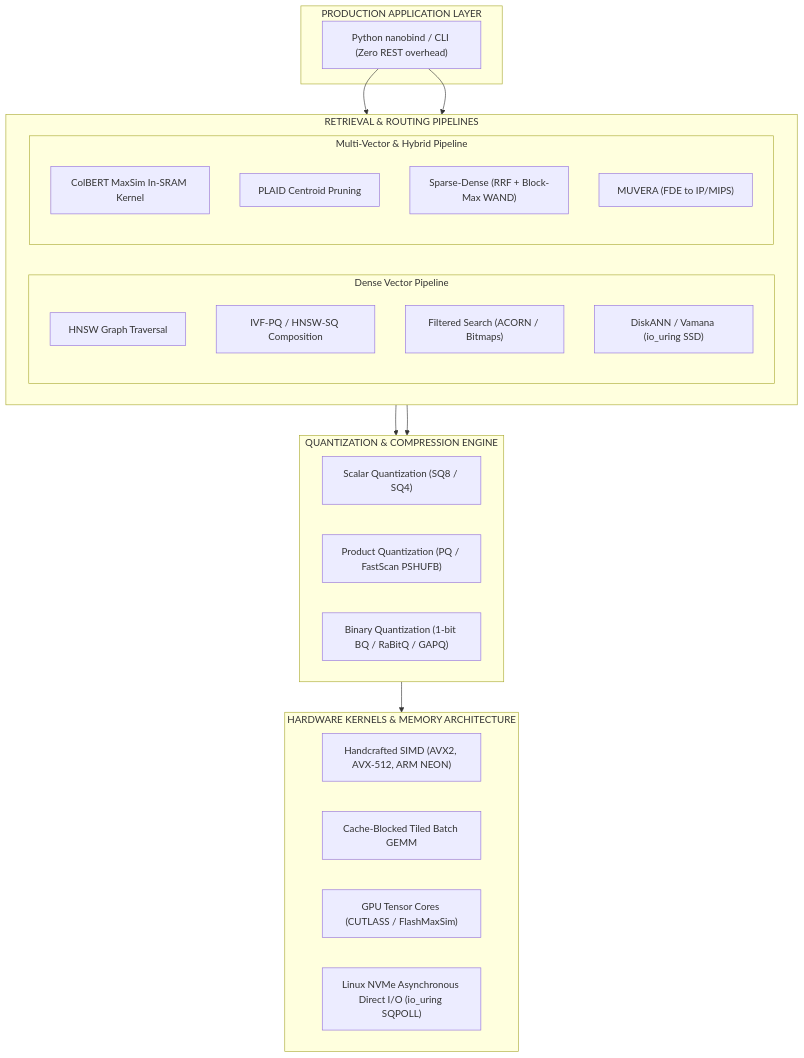
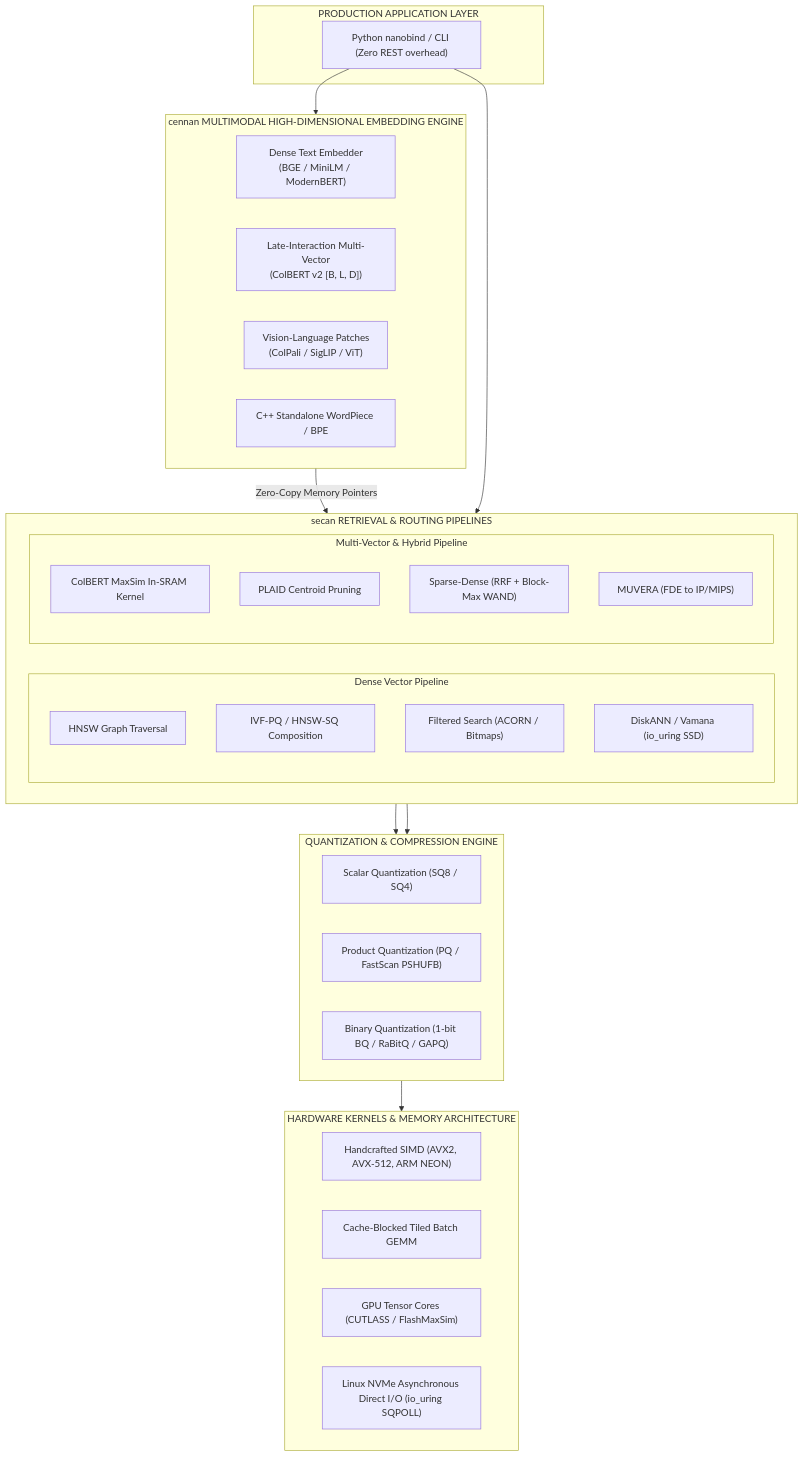
The first of 3 diagrams in curriculum/roadmap.md (thlurte/goals), drawn with Mermaid before and after one commit. The commit also changed 4 other files, not shown here.

Commit message:
feat(curriculum): integrate cennan (C++ embedding engine) into roadmap, playbook, and daily schedules

````diff
--- a/curriculum/roadmap.md
+++ b/curriculum/roadmap.md
@@ -9,42 +9,51 @@
 ```mermaid
 graph TD
     subgraph AppLayer ["PRODUCTION APPLICATION LAYER"]
         API["Python nanobind / CLI (Zero REST overhead)"]
     end
 
-    subgraph RetrievalLayer ["RETRIEVAL & ROUTING PIPELINES"]
+    subgraph EmbeddingLayer ["cennan MULTIMODAL HIGH-DIMENSIONAL EMBEDDING ENGINE"]
+        direction LR
+        DenseModel["Dense Text Embedder<br/>(BGE / MiniLM / ModernBERT)"]
+        LateModel["Late-Interaction Multi-Vector<br/>(ColBERT v2 [B, L, D])"]
+        VisionModel["Vision-Language Patches<br/>(ColPali / SigLIP / ViT)"]
+        Tokenizer["C++ Standalone WordPiece / BPE"]
+    end
+
+    subgraph RetrievalLayer ["secan RETRIEVAL & ROUTING PIPELINES"]
         direction LR
         subgraph DensePipe ["Dense Vector Pipeline"]
             HNSW["HNSW Graph Traversal"]
             IVF["IVF-PQ / HNSW-SQ Composition"]
             ACORN["Filtered Search (ACORN / Bitmaps)"]
             DiskANN["DiskANN / Vamana (io_uring SSD)"]
         end
 
         subgraph MultiPipe ["Multi-Vector & Hybrid Pipeline"]
             ColBERT["ColBERT MaxSim In-SRAM Kernel"]
             PLAID["PLAID Centroid Pruning"]
             Hybrid["Sparse-Dense (RRF + Block-Max WAND)"]
             MUVERA["MUVERA (FDE to IP/MIPS)"]
         end
     end
 
     subgraph QuantLayer ["QUANTIZATION & COMPRESSION ENGINE"]
         SQ["Scalar Quantization (SQ8 / SQ4)"]
         PQ["Product Quantization (PQ / FastScan PSHUFB)"]
         BQ["Binary Quantization (1-bit BQ / RaBitQ / GAPQ)"]
     end
 
     subgraph HardwareLayer ["HARDWARE KERNELS & MEMORY ARCHITECTURE"]
         SIMD["Handcrafted SIMD (AVX2, AVX-512, ARM NEON)"]
         GEMM["Cache-Blocked Tiled Batch GEMM"]
         CUDA["GPU Tensor Cores (CUTLASS / FlashMaxSim)"]
         DirectIO["Linux NVMe Asynchronous Direct I/O (io_uring SQPOLL)"]
     end
 
-    API --> DensePipe
-    API --> MultiPipe
+    API --> EmbeddingLayer
+    EmbeddingLayer -->|Zero-Copy Memory Pointers| RetrievalLayer
+    API --> RetrievalLayer
     DensePipe --> QuantLayer
     MultiPipe --> QuantLayer
     QuantLayer --> HardwareLayer
 ```
````
